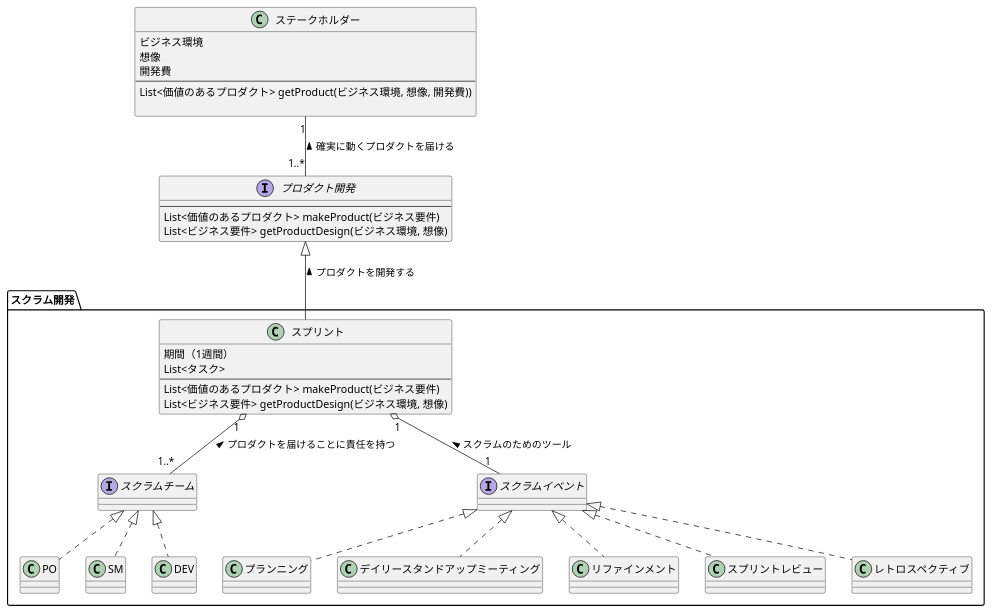
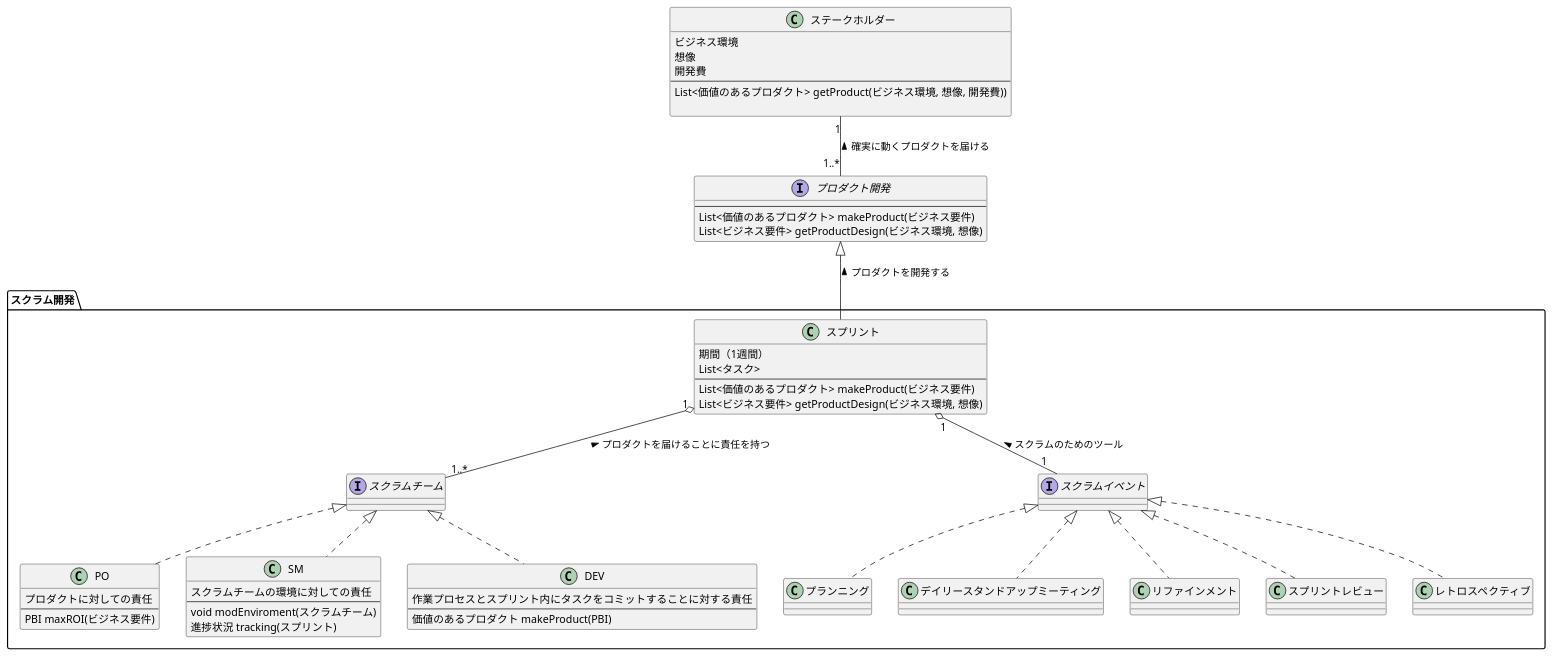
Before and after one commit to JORI-RT/DDD: the diagram in homework/6th/ito.md, drawn with PlantUML.

````diff
--- a/homework/6th/ito.md
+++ b/homework/6th/ito.md
@@ -4,60 +4,73 @@
 ```puml
 @startuml
 
 class ステークホルダー {
     ビジネス環境
     想像
     開発費
     ---
     List<価値のあるプロダクト> getProduct(ビジネス環境, 想像, 開発費))
     
 }
 
 
 
 interface プロダクト開発 {
     ---
     List<価値のあるプロダクト> makeProduct(ビジネス要件)
     List<ビジネス要件> getProductDesign(ビジネス環境, 想像)
 }
 
 package スクラム開発 {
     class スプリント {
         期間（1週間）
         List<タスク>
         ---
         List<価値のあるプロダクト> makeProduct(ビジネス要件)
         List<ビジネス要件> getProductDesign(ビジネス環境, 想像)
     }
 
     interface スクラムチーム
-    class PO
-    class SM
-    class DEV
+    class PO {
+        プロダクトに対しての責任
+        ---
+        PBI maxROI(ビジネス要件)
+    }
+    class SM {
+        スクラムチームの環境に対しての責任
+        ---
+        void modEnviroment(スクラムチーム)
+        進捗状況 tracking(スプリント)
+    }
+    class DEV {
+        作業プロセスとスプリント内にタスクをコミットすることに対する責任
+        ---
+        価値のあるプロダクト makeProduct(PBI)
+    }
 
     
     interface スクラムイベント
     class プランニング
     class デイリースタンドアップミーティング
     class リファインメント
     class スプリントレビュー
     class レトロスペクティブ
 
 }
 
 
 ステークホルダー "1" -- "1..*" プロダクト開発 : < 確実に動くプロダクトを届ける 
 プロダクト開発 <|-- スプリント : < プロダクトを開発する
 スプリント "1" o-- "1..*" スクラムチーム: < プロダクトを届けることに責任を持つ
 スプリント "1" o-- "1" スクラムイベント: < スクラムのためのツール
 スクラムチーム <|.. PO
 スクラムチーム <|.. SM
 スクラムチーム <|.. DEV
 スクラムイベント <|.. プランニング
 スクラムイベント <|.. デイリースタンドアップミーティング
 スクラムイベント <|.. リファインメント
 スクラムイベント <|.. スプリントレビュー
 スクラムイベント <|.. レトロスペクティブ
 
 @enduml
 ```
````
